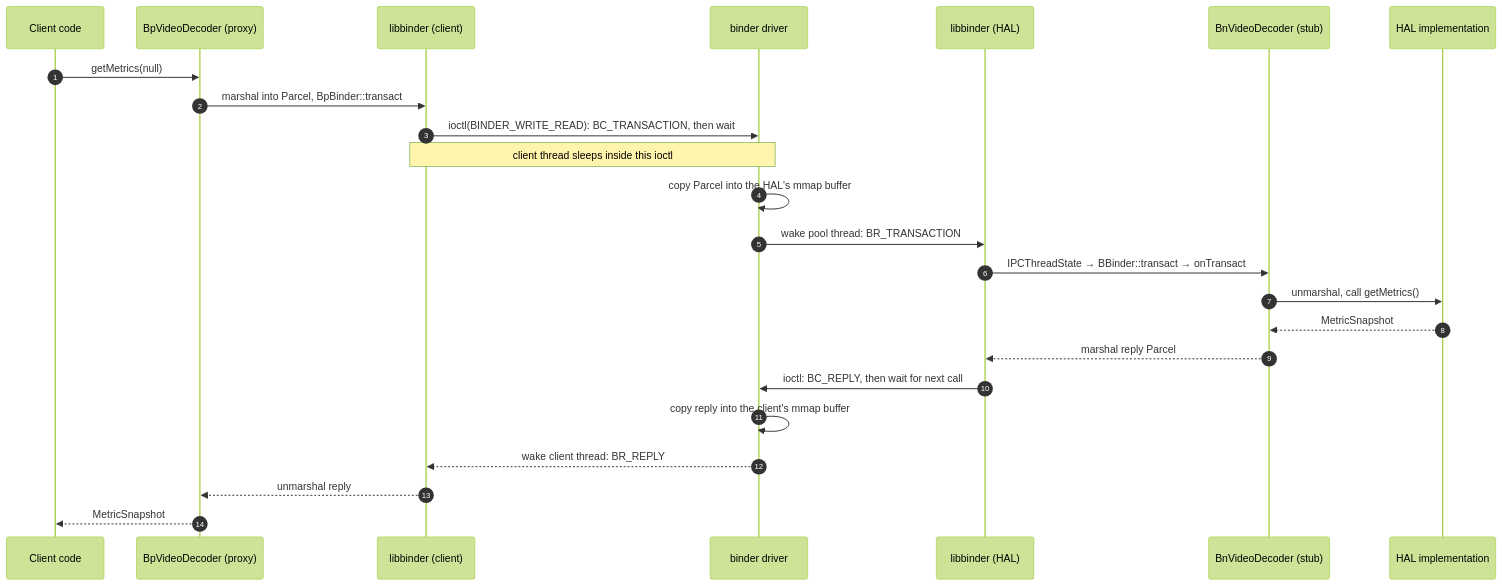
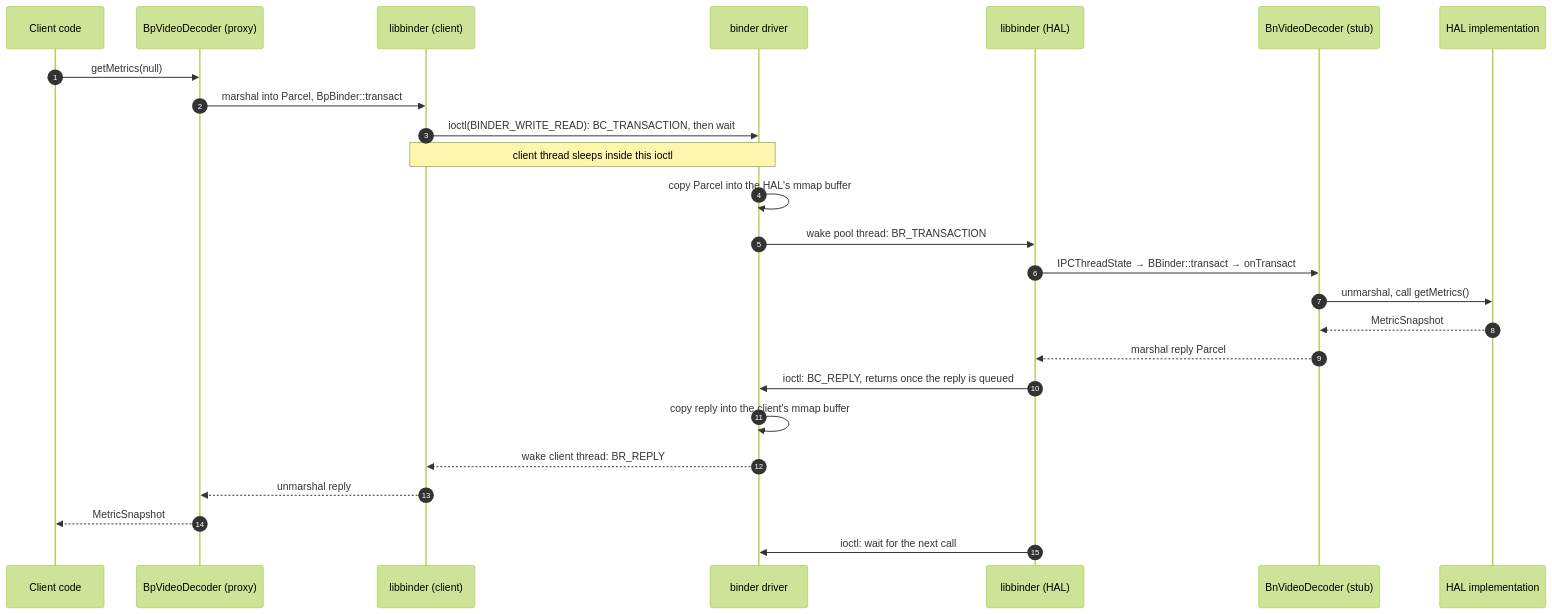
One commit to rdkcentral/rdk-halif-aidl changed the first of 6 diagrams in docs/introduction/binder_call_path.md. Above: the diagram before and after it, drawn with Mermaid (forest theme). The commit also changed other lines of this file and 1 other file, not shown here.

````diff
--- a/docs/introduction/binder_call_path.md
+++ b/docs/introduction/binder_call_path.md
@@ -9,26 +9,27 @@
 ```mermaid
 sequenceDiagram
     autonumber
     participant App as Client code
     participant Px as BpVideoDecoder (proxy)
     participant LA as libbinder (client)
     participant K as binder driver
     participant LB as libbinder (HAL)
     participant St as BnVideoDecoder (stub)
     participant Impl as HAL implementation
     App->>Px: getMetrics(null)
     Px->>LA: marshal into Parcel, BpBinder::transact
     LA->>K: ioctl(BINDER_WRITE_READ): BC_TRANSACTION, then wait
     Note over LA,K: client thread sleeps inside this ioctl
     K->>K: copy Parcel into the HAL's mmap buffer
     K->>LB: wake pool thread: BR_TRANSACTION
     LB->>St: IPCThreadState → BBinder::transact → onTransact
     St->>Impl: unmarshal, call getMetrics()
     Impl-->>St: MetricSnapshot
     St-->>LB: marshal reply Parcel
-    LB->>K: ioctl: BC_REPLY, then wait for next call
+    LB->>K: ioctl: BC_REPLY, returns once the reply is queued
     K->>K: copy reply into the client's mmap buffer
     K-->>LA: wake client thread: BR_REPLY
     LA-->>Px: unmarshal reply
     Px-->>App: MetricSnapshot
+    LB->>K: ioctl: wait for the next call
 ```
````
